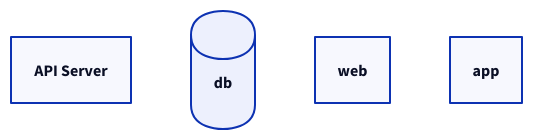
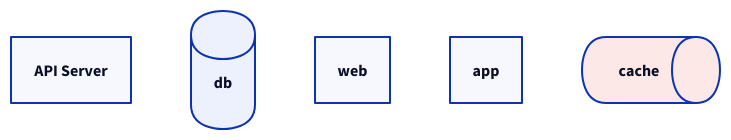
The first of 29 diagrams in skills/d2/SKILL.md (ItsJooL/d2-mcp), drawn with D2 before and after one commit. The commit also changed other lines of this file and 7 other files, not shown here.

````diff
--- a/skills/d2/SKILL.md
+++ b/skills/d2/SKILL.md
@@ -21,15 +107,18 @@
 ```d2
 # Bare identifier = rectangle by default
 server
 
-# With a display label (key vs label)
+# With a display label (key vs label — connections use the KEY, not the label)
 server: "API Server"
 
 # Set shape type
 db: {
   shape: cylinder
 }
 
 # Multiple on one line
 web; app; db
+
+# Inline style shorthand
+cache: { shape: queue; style.fill: "#fce8e6" }
 ```
````
